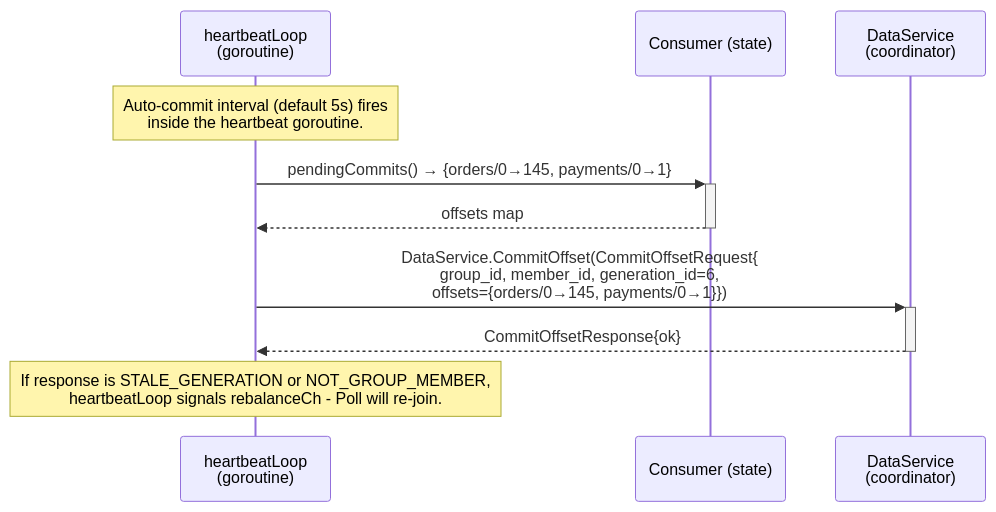
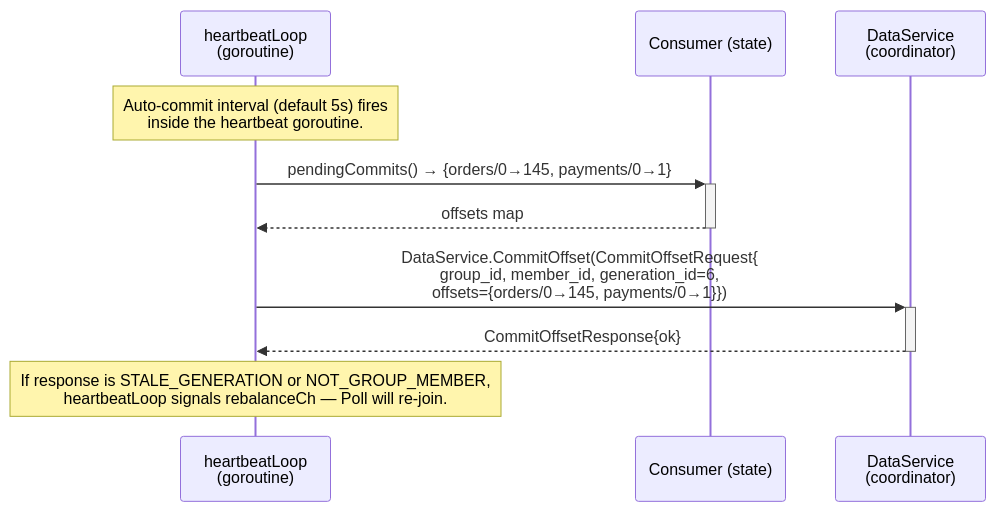
The fourth of 5 diagrams in docs/design/sequence/client-consumer-poll.md (bunnymq/bunnymq), drawn with Mermaid before and after one commit. The commit also changed other lines of this file and 86 other files, not shown here.

````diff
--- a/docs/design/sequence/client-consumer-poll.md
+++ b/docs/design/sequence/client-consumer-poll.md
@@ -138,16 +138,16 @@
 ```mermaid
 sequenceDiagram
     participant HB as heartbeatLoop<br/>(goroutine)
     participant C as Consumer (state)
     participant GC as DataService<br/>(coordinator)
 
     Note over HB: Auto-commit interval (default 5s) fires<br/>inside the heartbeat goroutine.
 
     HB->>+C: pendingCommits() → {orders/0→145, payments/0→1}
     C-->>-HB: offsets map
 
     HB->>+GC: DataService.CommitOffset(CommitOffsetRequest{<br/>group_id, member_id, generation_id=6,<br/>offsets={orders/0→145, payments/0→1}})
     GC-->>-HB: CommitOffsetResponse{ok}
 
-    Note over HB: If response is STALE_GENERATION or NOT_GROUP_MEMBER,<br/>heartbeatLoop signals rebalanceCh - Poll will re-join.
+    Note over HB: If response is STALE_GENERATION or NOT_GROUP_MEMBER,<br/>heartbeatLoop signals rebalanceCh — Poll will re-join.
 ```
````
